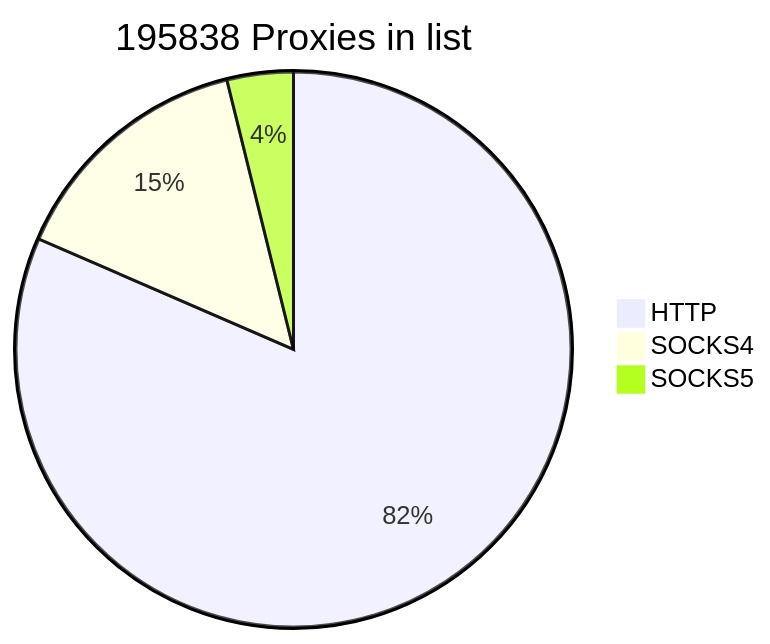
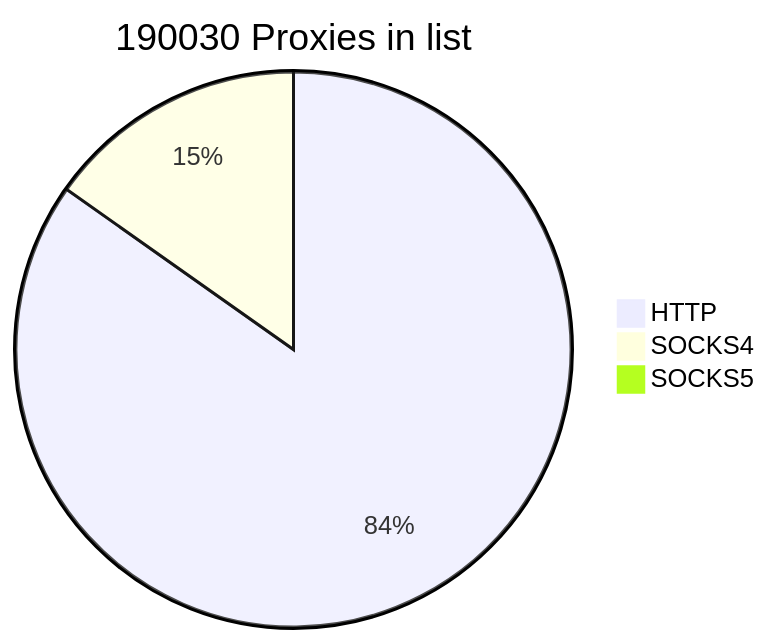
Before and after one commit to cutipu/proxylist: the first of 2 diagrams in README.md, drawn with Mermaid. The commit also changed other lines of this file, not shown here.

````diff
--- a/README.md
+++ b/README.md
@@ -2,7 +2,7 @@
 ```mermaid
-pie title 195838 Proxies in list
-    "HTTP" : 159643
+pie title 190030 Proxies in list
+    "HTTP" : 159612
     "SOCKS4" : 28642
-    "SOCKS5" : 7553
+    "SOCKS5" : 1776
             
 ```
````
